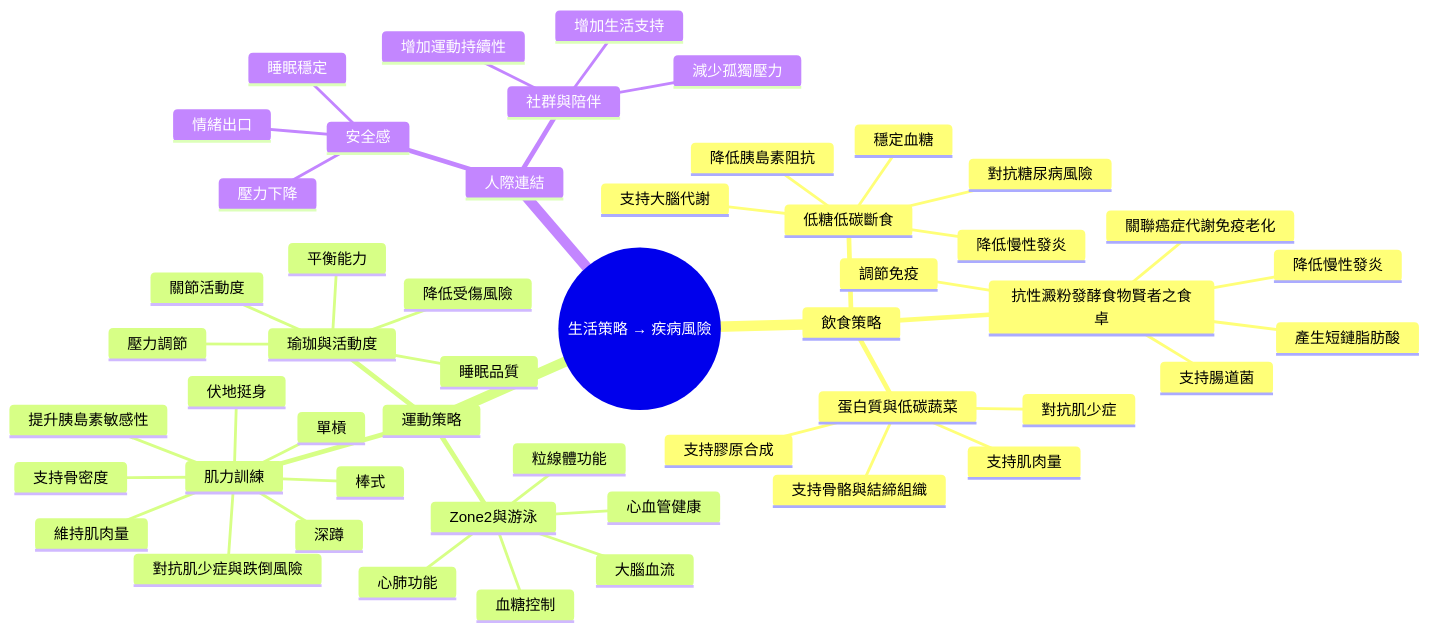
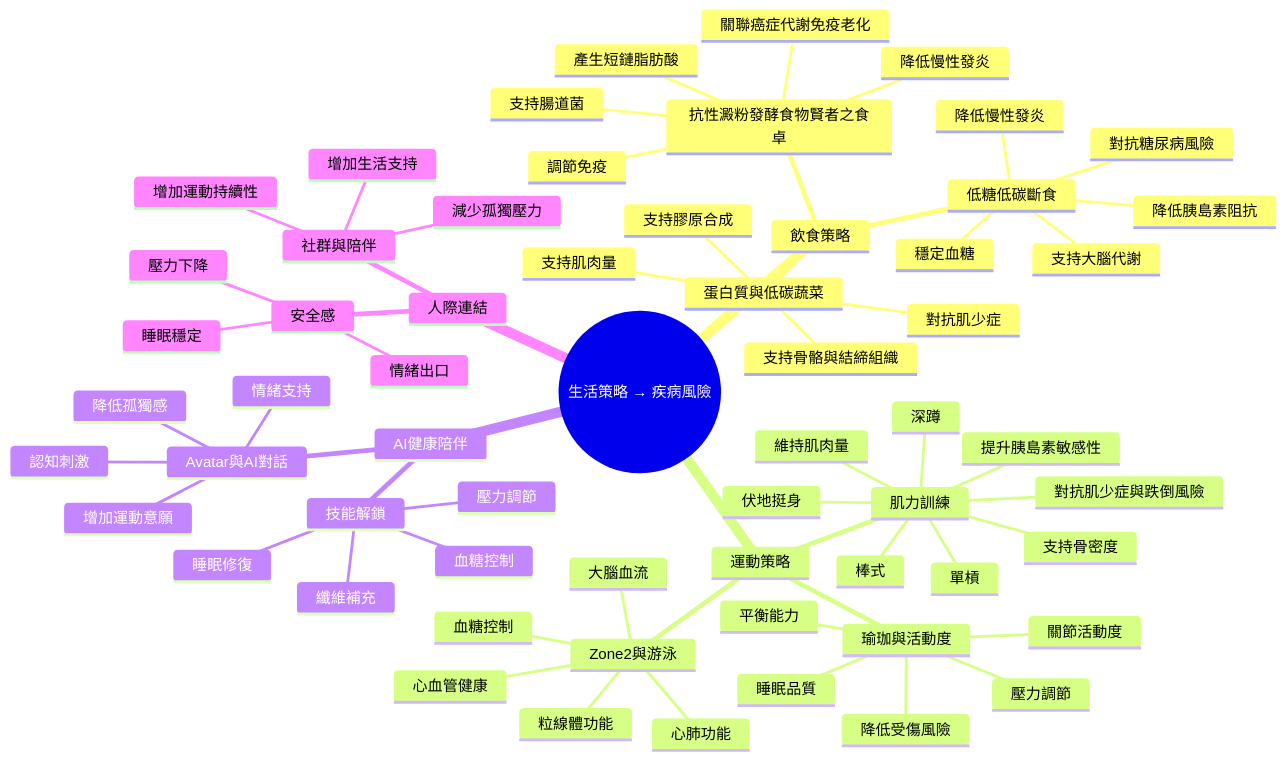
One commit to WangChengYeh/150-year-old changed the third of 4 diagrams in mindmap.md. Above: the diagram before and after it, drawn with Mermaid. The commit also changed other lines of this file, not shown here.

Commit message:
Sync mindmap with AI health companion and skill unlocks

````diff
--- a/mindmap.md
+++ b/mindmap.md
@@ -135,53 +238,64 @@
 ```mermaid
 mindmap
   root((生活策略 → 疾病風險))
     飲食策略
       低糖低碳斷食
         穩定血糖
         降低胰島素阻抗
         對抗糖尿病風險
         降低慢性發炎
         支持大腦代謝
       抗性澱粉發酵食物賢者之食卓
         支持腸道菌
         產生短鏈脂肪酸
         調節免疫
         降低慢性發炎
         關聯癌症代謝免疫老化
       蛋白質與低碳蔬菜
         支持肌肉量
         支持膠原合成
         支持骨骼與結締組織
         對抗肌少症
     運動策略
       Zone2與游泳
         心肺功能
         粒線體功能
         血糖控制
         心血管健康
         大腦血流
       肌力訓練
         深蹲
         單槓
         伏地挺身
         棒式
         維持肌肉量
         提升胰島素敏感性
         支持骨密度
         對抗肌少症與跌倒風險
       瑜珈與活動度
         壓力調節
         關節活動度
         平衡能力
         睡眠品質
         降低受傷風險
+    AI健康陪伴
+      Avatar與AI對話
+        增加運動意願
+        降低孤獨感
+        認知刺激
+        情緒支持
+      技能解鎖
+        血糖控制
+        纖維補充
+        睡眠修復
+        壓力調節
     人際連結
       安全感
         壓力下降
         睡眠穩定
         情緒出口
       社群與陪伴
         增加運動持續性
         減少孤獨壓力
         增加生活支持
 ```
````
